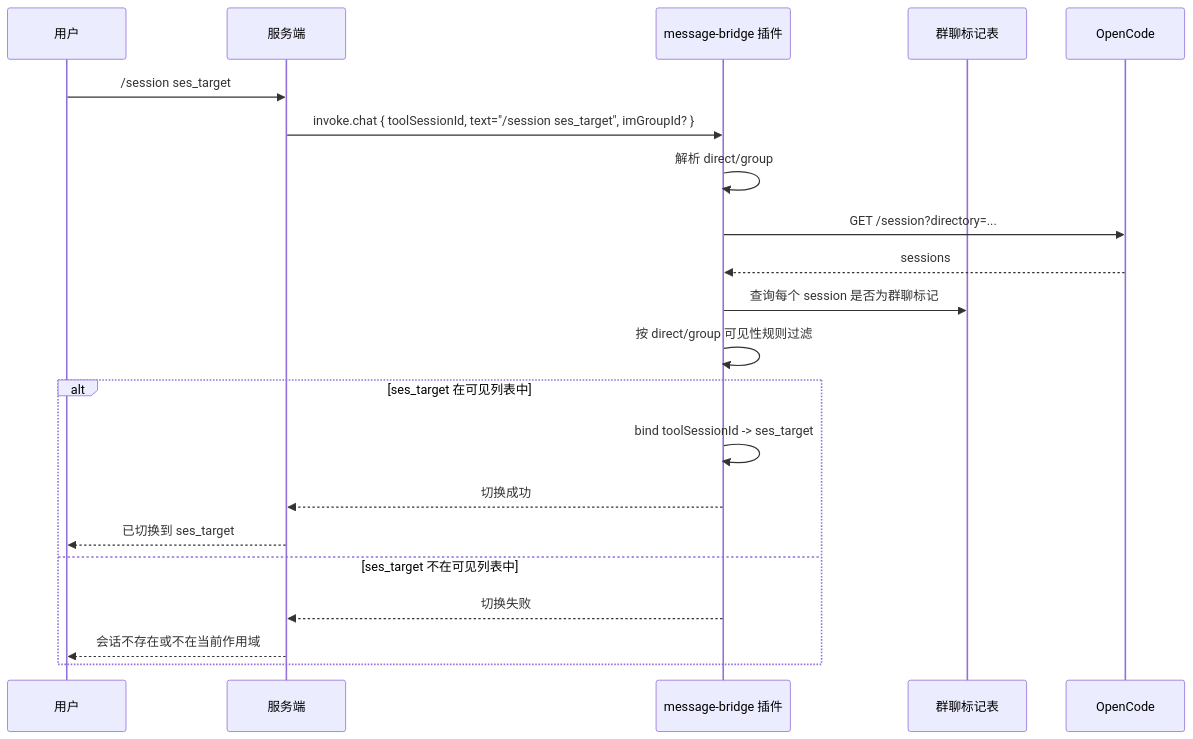
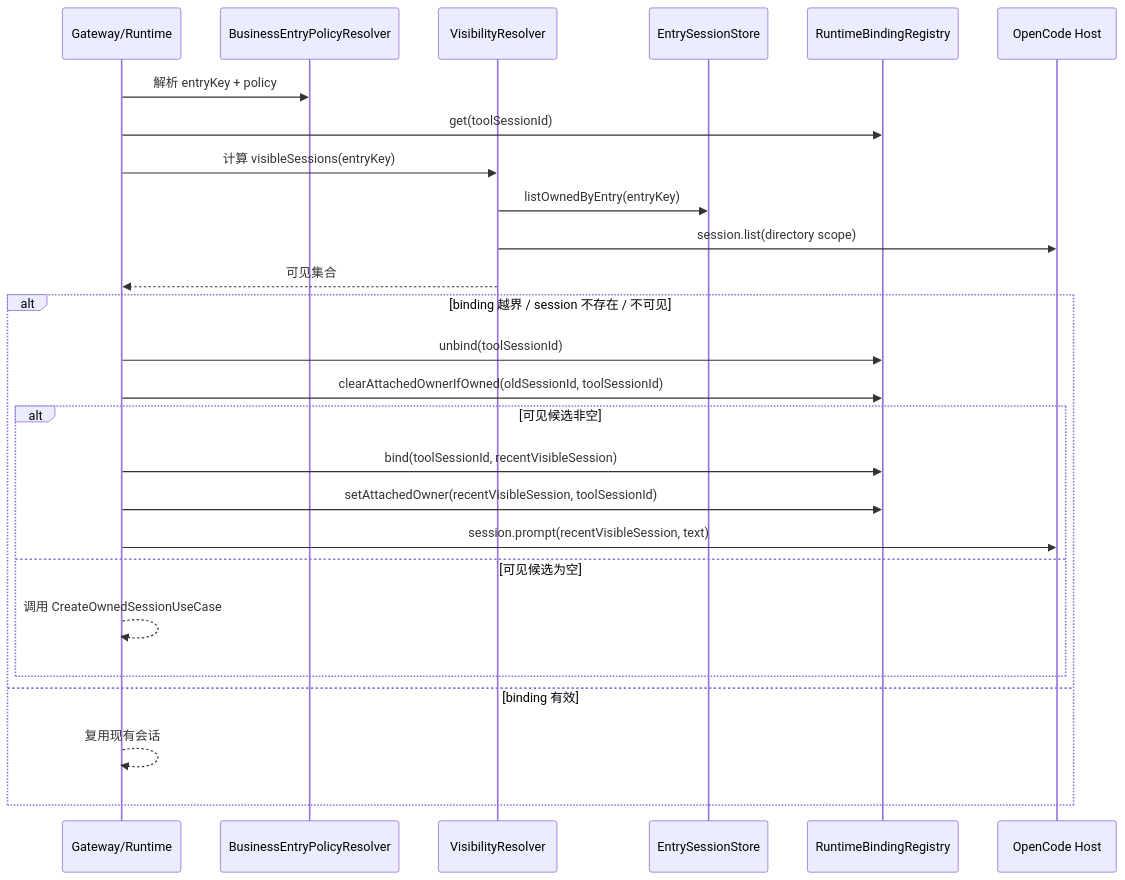
One commit to yuzhangCZ/agent-plugin changed the ninth of 18 diagrams in docs/design/message-bridge-opencode-session-isolation-solution.md. Above: the diagram before and after it, drawn with Mermaid. The commit also changed other lines of this file and 1 other file, not shown here.

Commit message:
docs(message-bridge): 补齐 opencode 会话隔离设计与控制面接口

````diff
--- a/docs/design/message-bridge-opencode-session-isolation-solution.md
+++ b/docs/design/message-bridge-opencode-session-isolation-solution.md
@@ -445,24 +802,29 @@
 ```mermaid
 sequenceDiagram
-  participant User as 用户
-  participant Server as 服务端
-  participant Plugin as message-bridge 插件
-  participant Mark as 群聊标记表
-  participant OpenCode as OpenCode
+  participant Gateway as Gateway/Runtime
+  participant Policy as BusinessEntryPolicyResolver
+  participant Visible as VisibilityResolver
+  participant Store as EntrySessionStore
+  participant Binding as RuntimeBindingRegistry
+  participant Host as OpenCode Host
 
-  User->>Server: /session ses_target
-  Server->>Plugin: invoke.chat { toolSessionId, text="/session ses_target", imGroupId? }
-  Plugin->>Plugin: 解析 direct/group
-  Plugin->>OpenCode: GET /session?directory=...
-  OpenCode-->>Plugin: sessions
-  Plugin->>Mark: 查询每个 session 是否为群聊标记
-  Plugin->>Plugin: 按 direct/group 可见性规则过滤
-  alt ses_target 在可见列表中
-    Plugin->>Plugin: bind toolSessionId -> ses_target
-    Plugin-->>Server: 切换成功
-    Server-->>User: 已切换到 ses_target
-  else ses_target 不在可见列表中
-    Plugin-->>Server: 切换失败
-    Server-->>User: 会话不存在或不在当前作用域
+  Gateway->>Policy: 解析 entryKey + policy
+  Gateway->>Binding: get(toolSessionId)
+  Gateway->>Visible: 计算 visibleSessions(entryKey)
+  Visible->>Store: listOwnedByEntry(entryKey)
+  Visible->>Host: session.list(directory scope)
+  Visible-->>Gateway: 可见集合
+  alt binding 越界 / session 不存在 / 不可见
+    Gateway->>Binding: unbind(toolSessionId)
+    Gateway->>Binding: clearAttachedOwnerIfOwned(oldSessionId, toolSessionId)
+    alt 可见候选非空
+      Gateway->>Binding: bind(toolSessionId, recentVisibleSession)
+      Gateway->>Binding: setAttachedOwner(recentVisibleSession, toolSessionId)
+      Gateway->>Host: session.prompt(recentVisibleSession, text)
+    else 可见候选为空
+      Gateway-->>Gateway: 调用 CreateOwnedSessionUseCase
+    end
+  else binding 有效
+    Gateway-->>Gateway: 复用现有会话
   end
 ```
````
